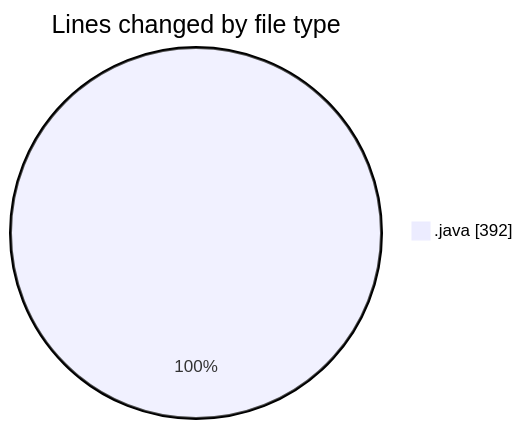
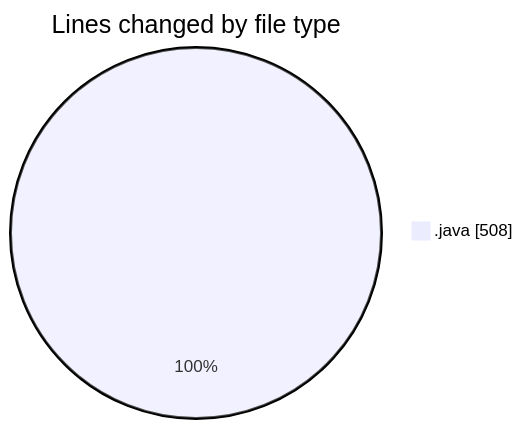
The first of 2 diagrams in 2025-04-02/startfiles__2_/README.md (NitaiMahat/code-tracking), drawn with Mermaid before and after one commit. The commit also changed other lines of this file and 1 other file, not shown here.

````diff
--- a/2025-04-02/startfiles__2_/README.md
+++ b/2025-04-02/startfiles__2_/README.md
@@ -23,5 +24,5 @@
 ```mermaid
 pie showData
 title Lines changed by file type
-".java" : 392
+".java" : 508
 ```
````
